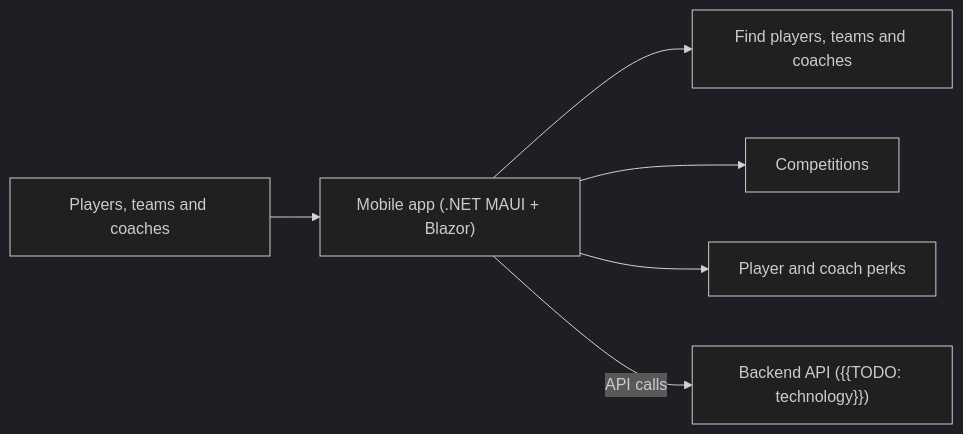
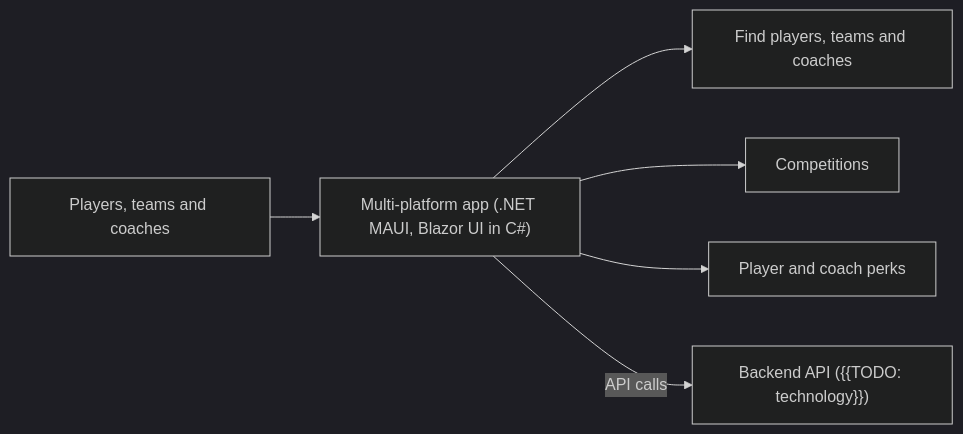
Before and after one commit to FypeiH/portfolio-site: the diagram in content/diagrams/benched.mmd, drawn with Mermaid (dark theme). The commit also changed 22 other files, not shown here.

```diff
--- a/content/diagrams/benched.mmd
+++ b/content/diagrams/benched.mmd
@@ -1,6 +1,6 @@
 graph LR
-  U["Players, teams and coaches"] --> M["Mobile app (.NET MAUI + Blazor)"]
+  U["Players, teams and coaches"] --> M["Multi-platform app (.NET MAUI, Blazor UI in C#)"]
   M --> F["Find players, teams and coaches"]
   M --> C["Competitions"]
   M --> P["Player and coach perks"]
   M -->|"API calls"| A["Backend API ({{TODO: technology}})"]
```
